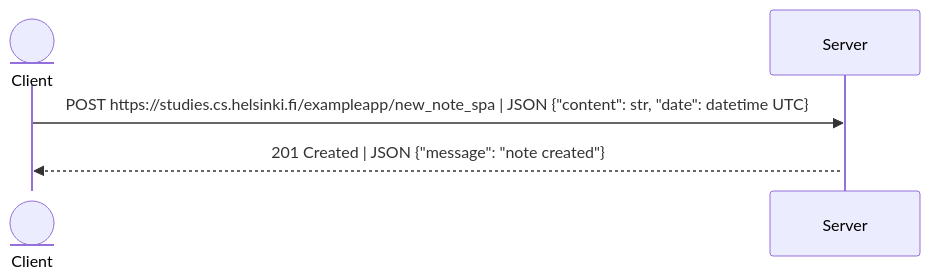
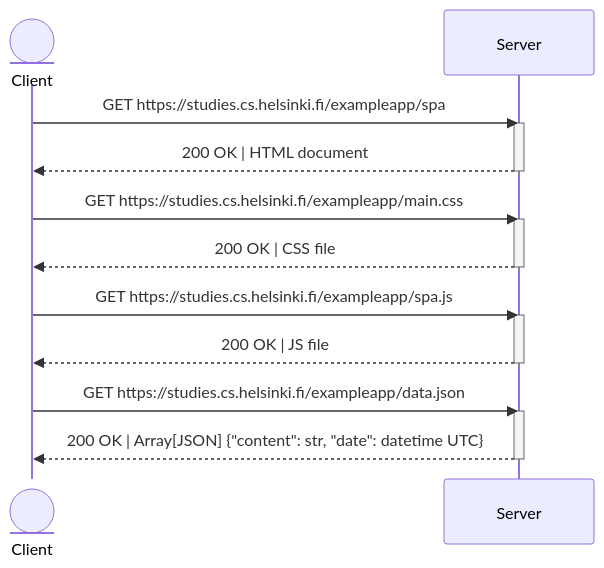
Before and after one commit to adilarshidin/fullstackopen: the diagram in part0/0.5 - Single page app diagram.md, drawn with Mermaid. The commit also changed 1 other file, not shown here.

````diff
--- a/part0/0.5 - Single page app diagram.md
+++ b/part0/0.5 - Single page app diagram.md
@@ -1,9 +1,25 @@
 ```mermaid
 sequenceDiagram
 
     participant Client@{ "type": "entity" }
 
-    Client ->> Server: POST https://studies.cs.helsinki.fi/exampleapp/new_note_spa | JSON {"content": str, "date": datetime UTC}
+    Client ->> Server: GET https://studies.cs.helsinki.fi/exampleapp/spa
     activate Server
-    Server -->> Client: 201 Created | JSON {"message": "note created"}
+    Server -->> Client: 200 OK | HTML document
+    deactivate Server
+
+    Client ->> Server: GET https://studies.cs.helsinki.fi/exampleapp/main.css
+    activate Server
+    Server -->> Client: 200 OK | CSS file
+    deactivate Server
+
+    Client ->> Server: GET https://studies.cs.helsinki.fi/exampleapp/spa.js
+    activate Server
+    Server -->> Client: 200 OK | JS file
+    deactivate Server
+
+    Client ->> Server: GET https://studies.cs.helsinki.fi/exampleapp/data.json
+    activate Server
+    Server -->> Client: 200 OK | Array[JSON] {"content": str, "date": datetime UTC}
+    deactivate Server
 ```
````
